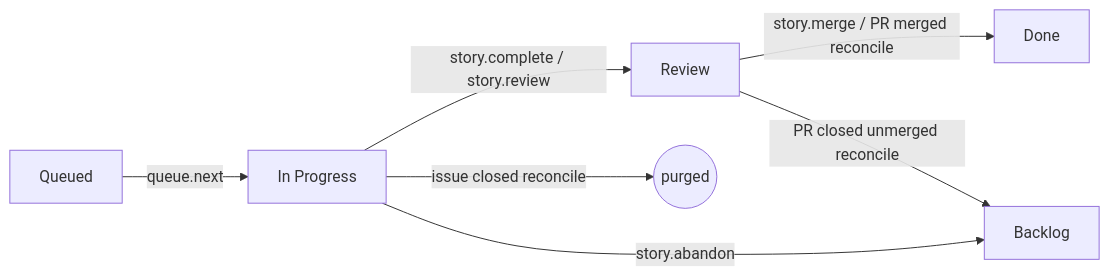
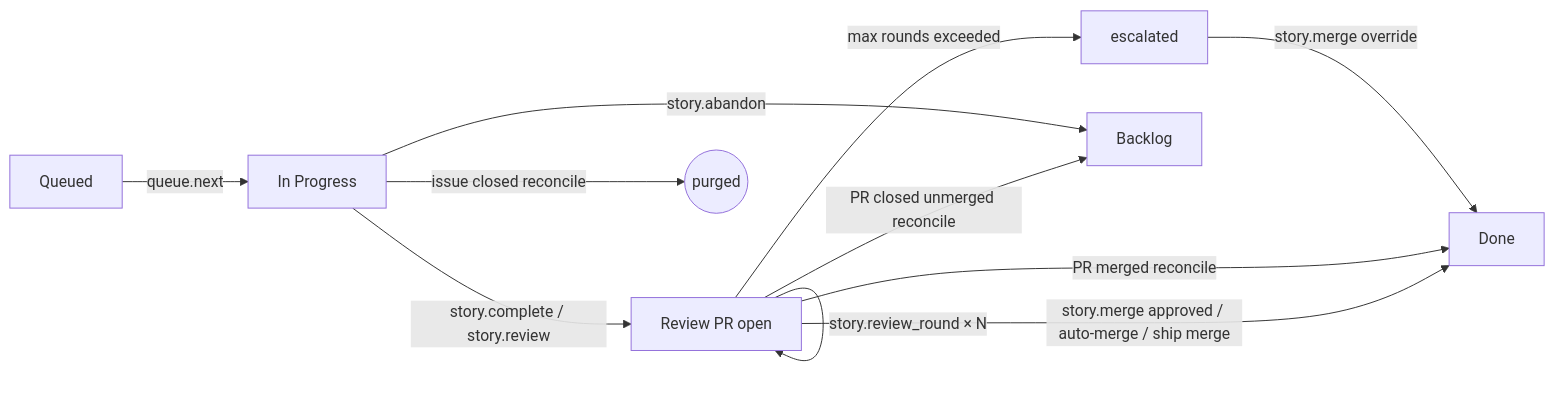
One commit to andysolomon/arc-board changed the diagram in docs/INTEGRATION.md. Above: the diagram before and after it, drawn with Mermaid. The commit also changed other lines of this file and 15 other files, not shown here.

````diff
--- a/docs/INTEGRATION.md
+++ b/docs/INTEGRATION.md
@@ -152,9 +211,13 @@
 ```mermaid
 flowchart LR
   Q[Queued] -->|queue.next| IP[In Progress]
-  IP -->|story.complete / story.review| R[Review]
-  R -->|story.merge / PR merged reconcile| D[Done]
+  IP -->|story.complete / story.review| R[Review PR open]
+  R -->|story.review_round × N| R
+  R -->|story.merge approved / auto-merge / ship merge| D[Done]
+  R -->|PR merged reconcile| D
+  R -->|max rounds exceeded| E[escalated]
+  E -->|story.merge override| D
   R -->|PR closed unmerged reconcile| B[Backlog]
   IP -->|issue closed reconcile| X((purged))
   IP -->|story.abandon| B
 ```
````
